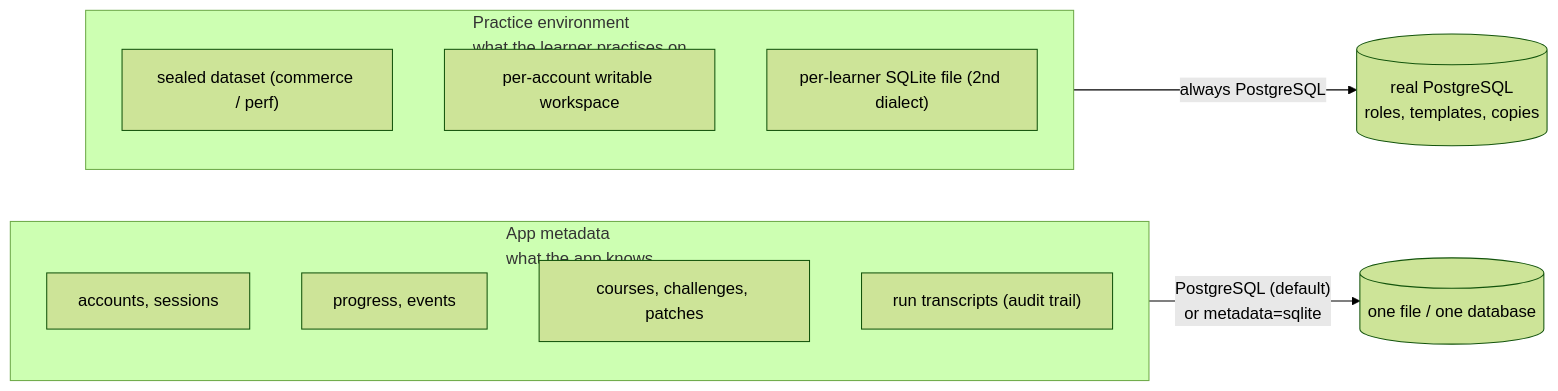
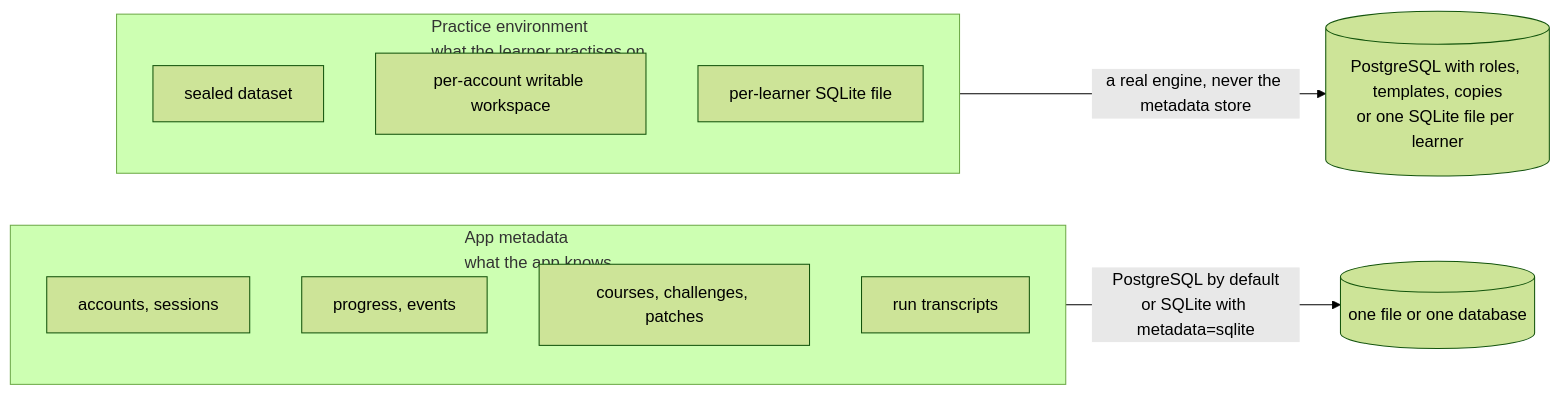
The third of 8 diagrams in docs/architecture.md (theakhandpatel/querycraft), drawn with Mermaid (forest theme) before and after one commit. The commit also changed other lines of this file and 21 other files, not shown here.

````diff
--- a/docs/architecture.md
+++ b/docs/architecture.md
@@ -111,18 +109,18 @@
 ```mermaid
 graph LR
   subgraph Meta["App metadata<br/>what the app knows"]
     direction TB
-    M1["accounts, sessions"]
-    M2["progress, events"]
-    M3["courses, challenges, patches"]
-    M4["run transcripts (audit trail)"]
+    MD1["accounts, sessions"]
+    MD2["progress, events"]
+    MD3["courses, challenges, patches"]
+    MD4["run transcripts"]
   end
   subgraph Practice["Practice environment<br/>what the learner practises on"]
     direction TB
-    P1["sealed dataset (commerce / perf)"]
+    P1["sealed dataset"]
     P2["per-account writable workspace"]
-    P3["per-learner SQLite file (2nd dialect)"]
+    P3["per-learner SQLite file"]
   end
-  Meta -->|"PostgreSQL (default)<br/>or metadata=sqlite"| MDB[("one file / one database")]
-  Practice -->|"always PostgreSQL"| PDB[("real PostgreSQL<br/>roles, templates, copies")]
+  Meta -->|"PostgreSQL by default<br/>or SQLite with metadata=sqlite"| MDB[("one file or one database")]
+  Practice -->|"a real engine, never the metadata store"| PDB[("PostgreSQL with roles, templates, copies<br/>or one SQLite file per learner")]
 ```
````
